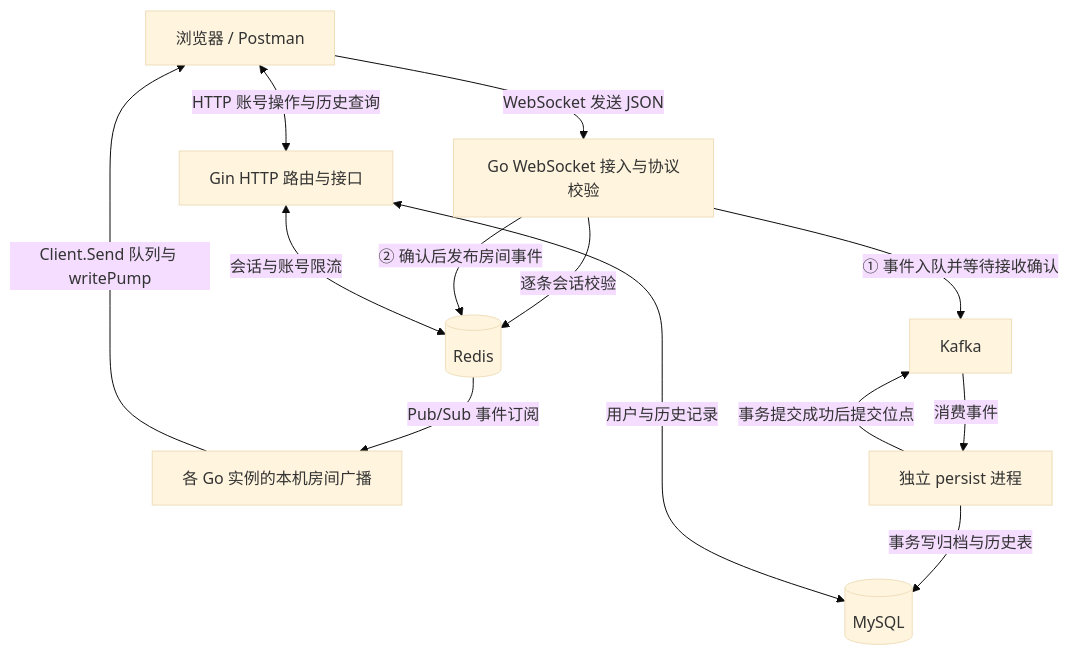
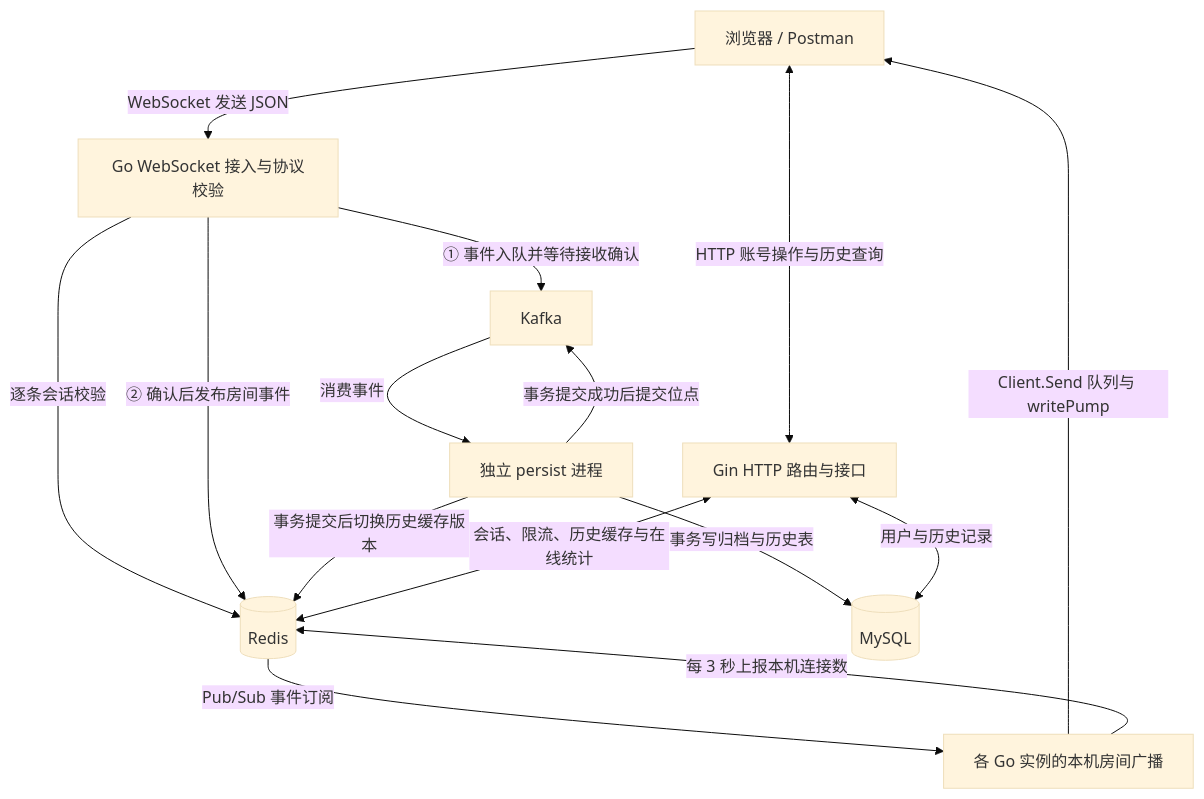
One commit to radianceded/GoliTube changed the diagram in README.md. Above: the diagram before and after it, drawn with Mermaid (base theme). The commit also changed other lines of this file and 1 other file, not shown here.

Commit message:
Document Redis history caching and online connection semantics

````diff
--- a/README.md
+++ b/README.md
@@ -116,15 +117,17 @@
 ```mermaid
 flowchart TD
     Client[浏览器 / Postman] <-->|HTTP 账号操作与历史查询| API[Gin HTTP 路由与接口]
     Client -->|WebSocket 发送 JSON| WS[Go WebSocket 接入与协议校验]
     WS -->|逐条会话校验| Redis[(Redis)]
     WS -->|① 事件入队并等待接收确认| Kafka[Kafka]
     WS -->|② 确认后发布房间事件| Redis
     Redis -->|Pub/Sub 事件订阅| Instances[各 Go 实例的本机房间广播]
     Instances -->|Client.Send 队列与 writePump| Client
     Kafka -->|消费事件| Persist[独立 persist 进程]
     Persist -->|事务写归档与历史表| DB[(MySQL)]
     Persist -->|事务提交成功后提交位点| Kafka
+    Persist -->|事务提交后切换历史缓存版本| Redis
     API <-->|用户与历史记录| DB
-    API <-->|会话与账号限流| Redis
+    API <-->|会话、限流、历史缓存与在线统计| Redis
+    Instances -->|每 3 秒上报本机连接数| Redis
 ```
````
